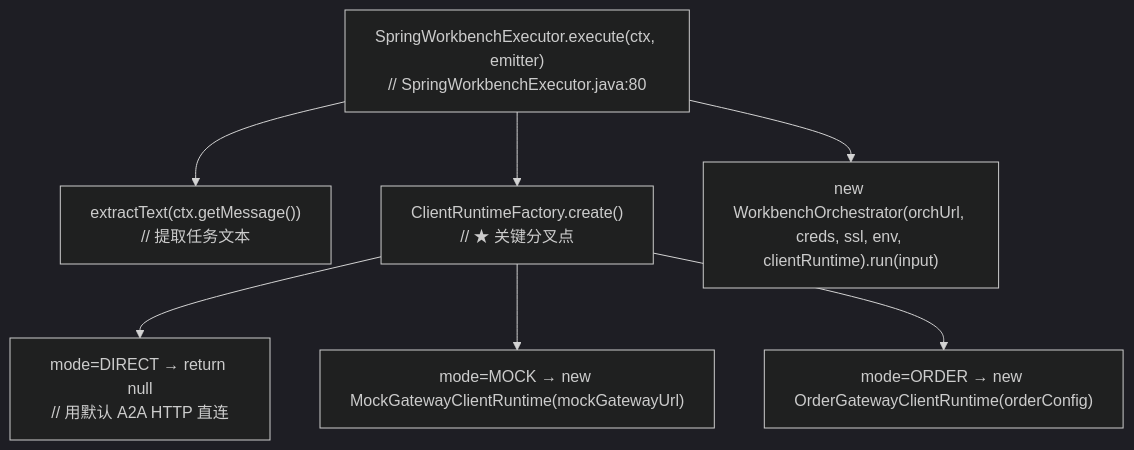
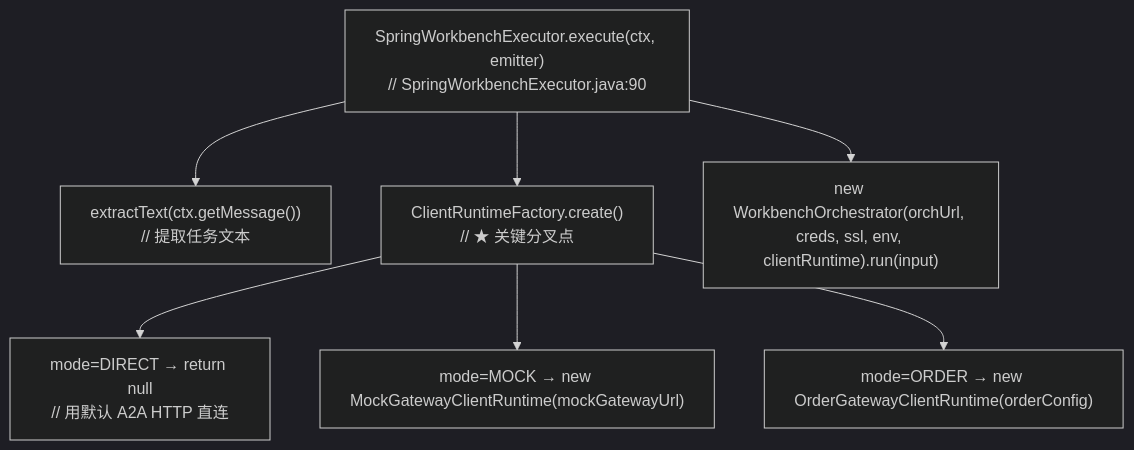
The fourth of 8 diagrams in docs/zh/SpringSpnDemo调用链路.md (Zhoujie628/workflow-engine-sdk-java), drawn with Mermaid (dark theme) before and after one commit. The commit also changed other lines of this file and 3 other files, not shown here.

First line of the commit message:
refactor(samples): move SpringWorkbenchExecutor to the workbench package

````diff
--- a/docs/zh/SpringSpnDemo调用链路.md
+++ b/docs/zh/SpringSpnDemo调用链路.md
@@ -40,10 +40,10 @@
 ```mermaid
 graph TD
-    A["SpringWorkbenchExecutor.execute(ctx, emitter)<br/>// SpringWorkbenchExecutor.java:80"]
+    A["SpringWorkbenchExecutor.execute(ctx, emitter)<br/>// SpringWorkbenchExecutor.java:90"]
     A --> B["extractText(ctx.getMessage())<br/>// 提取任务文本"]
     A --> C["ClientRuntimeFactory.create()<br/>// ★ 关键分叉点"]
     C --> D["mode=DIRECT → return null<br/>// 用默认 A2A HTTP 直连"]
     C --> E["mode=MOCK → new MockGatewayClientRuntime(mockGatewayUrl)"]
     C --> F["mode=ORDER → new OrderGatewayClientRuntime(orderConfig)"]
     A --> G["new WorkbenchOrchestrator(orchUrl, creds, ssl, env, clientRuntime).run(input)"]
 ```
````
